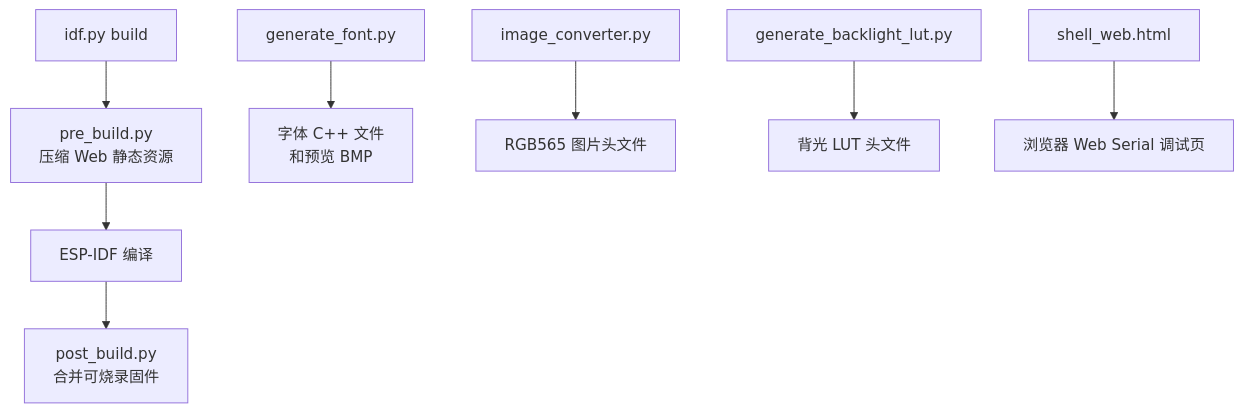
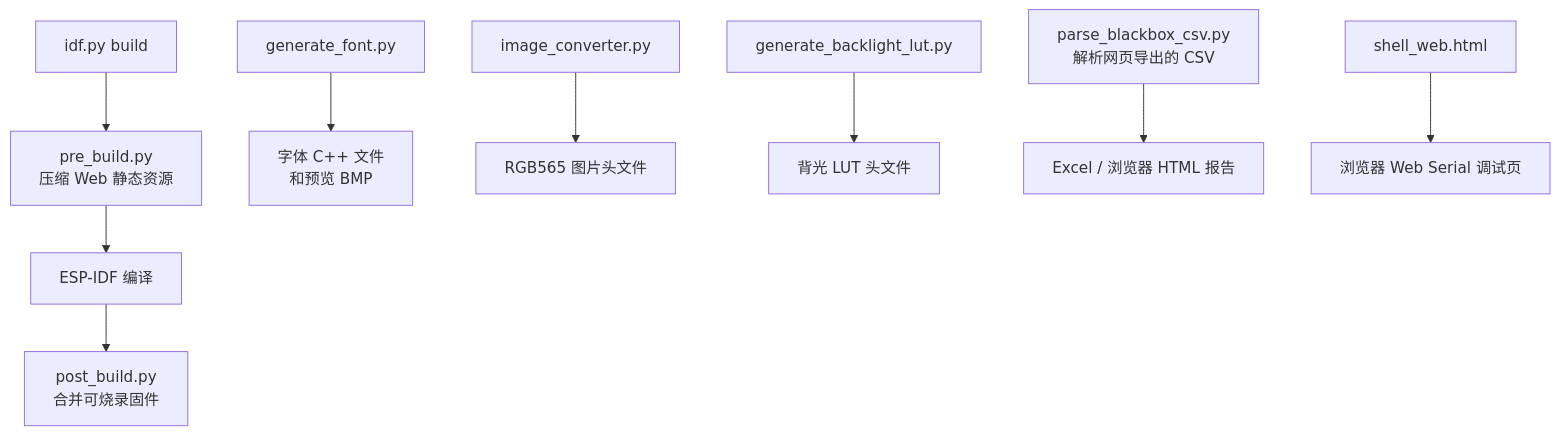
The diagram in scripts/README.md (qingmeijiupiao/Wireless_power_meter_lite), drawn with Mermaid before and after one commit. The commit also changed other lines of this file and 1 other file, not shown here.

````diff
--- a/scripts/README.md
+++ b/scripts/README.md
@@ -7,11 +7,12 @@
 ```mermaid
 flowchart TD
     Build["idf.py build"] --> Pre["pre_build.py<br/>压缩 Web 静态资源"]
     Pre --> Compile["ESP-IDF 编译"]
     Compile --> Post["post_build.py<br/>合并可烧录固件"]
 
     Font["generate_font.py"] --> FontAssets["字体 C++ 文件<br/>和预览 BMP"]
     Image["image_converter.py"] --> ImageAsset["RGB565 图片头文件"]
     LUT["generate_backlight_lut.py"] --> LUTHeader["背光 LUT 头文件"]
+    CSV["parse_blackbox_csv.py<br/>解析网页导出的 CSV"] --> Report["Excel / 浏览器 HTML 报告"]
     Shell["shell_web.html"] --> Browser["浏览器 Web Serial 调试页"]
 ```
````
